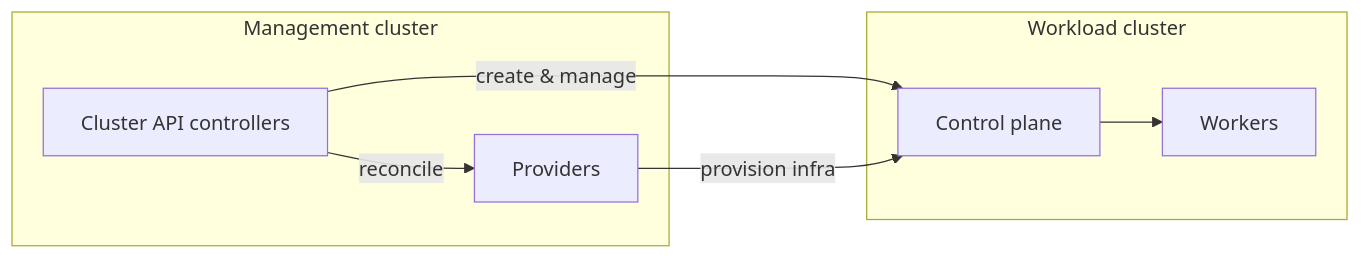
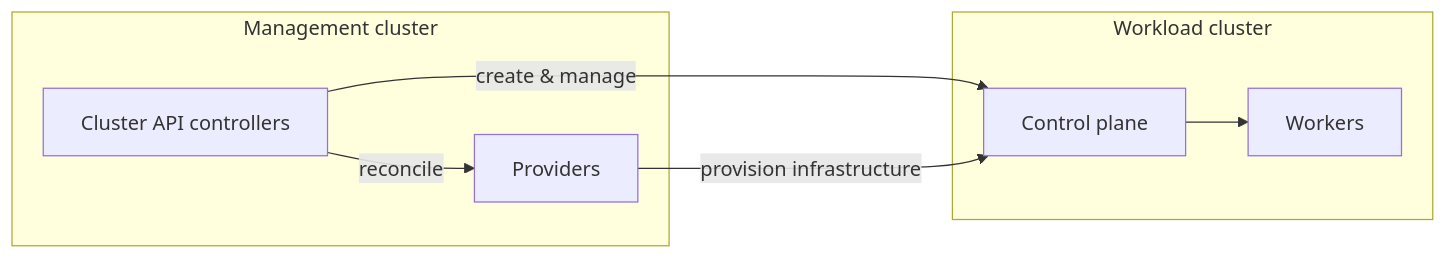
Before and after one commit to nicholasdille/container-slides: the second of 7 diagrams in 120_kubernetes/cluster-api/slides.md, drawn with Mermaid. The commit also changed other lines of this file and 3 other files, not shown here.

````diff
--- a/120_kubernetes/cluster-api/slides.md
+++ b/120_kubernetes/cluster-api/slides.md
@@ -182,17 +164,17 @@
 ```mermaid
 flowchart LR
     subgraph Management[Management cluster]
         CAPI[Cluster API controllers]
         Prov[Providers]
     end
 
     subgraph Workload[Workload cluster]
         CP[Control plane]
         W1[Workers]
     end
 
     CAPI -->|reconcile| Prov
     CAPI -->|create & manage| CP
-    Prov -->|provision infra| CP
+    Prov -->|provision infrastructure| CP
     CP --> W1
 ```
````
